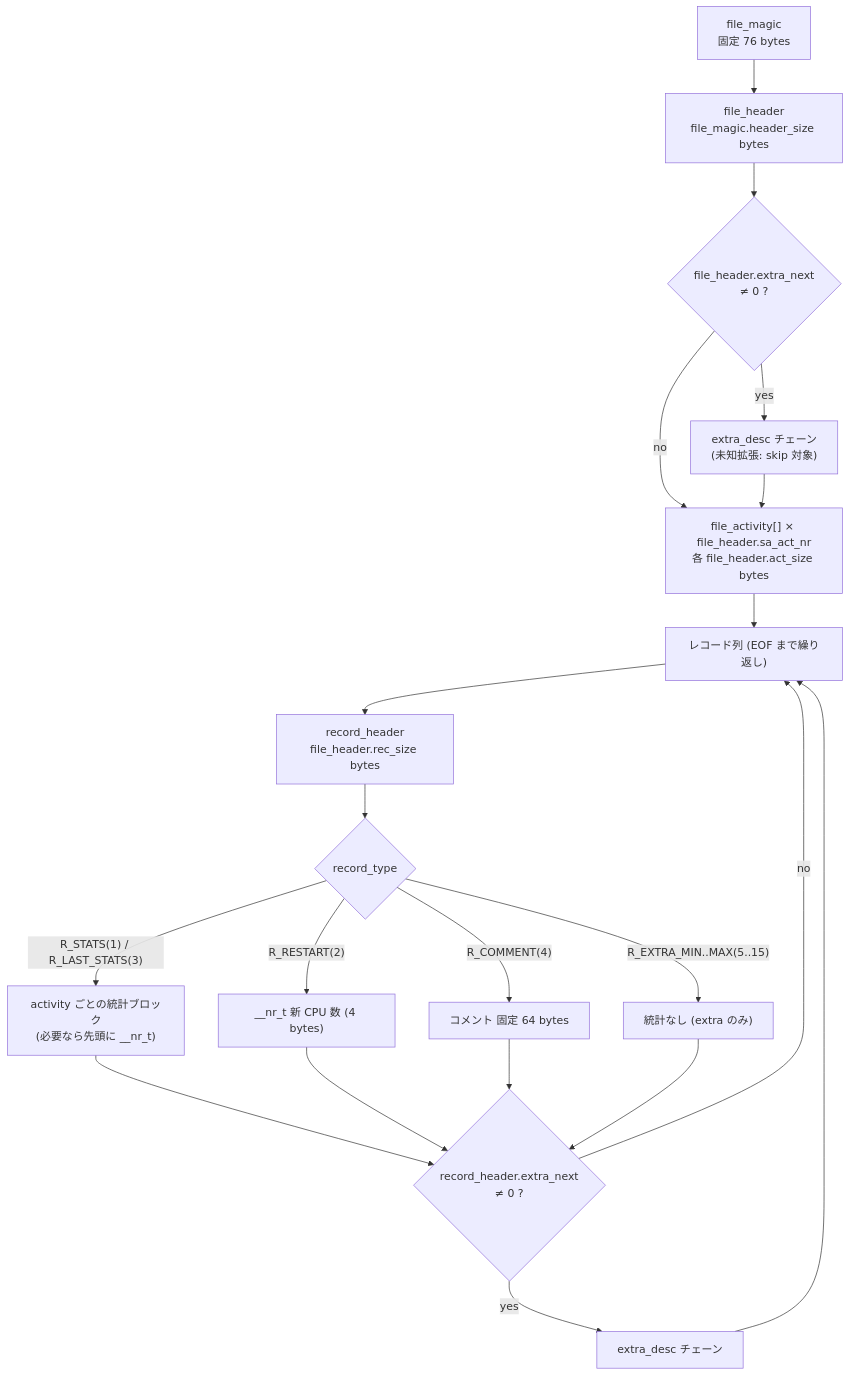
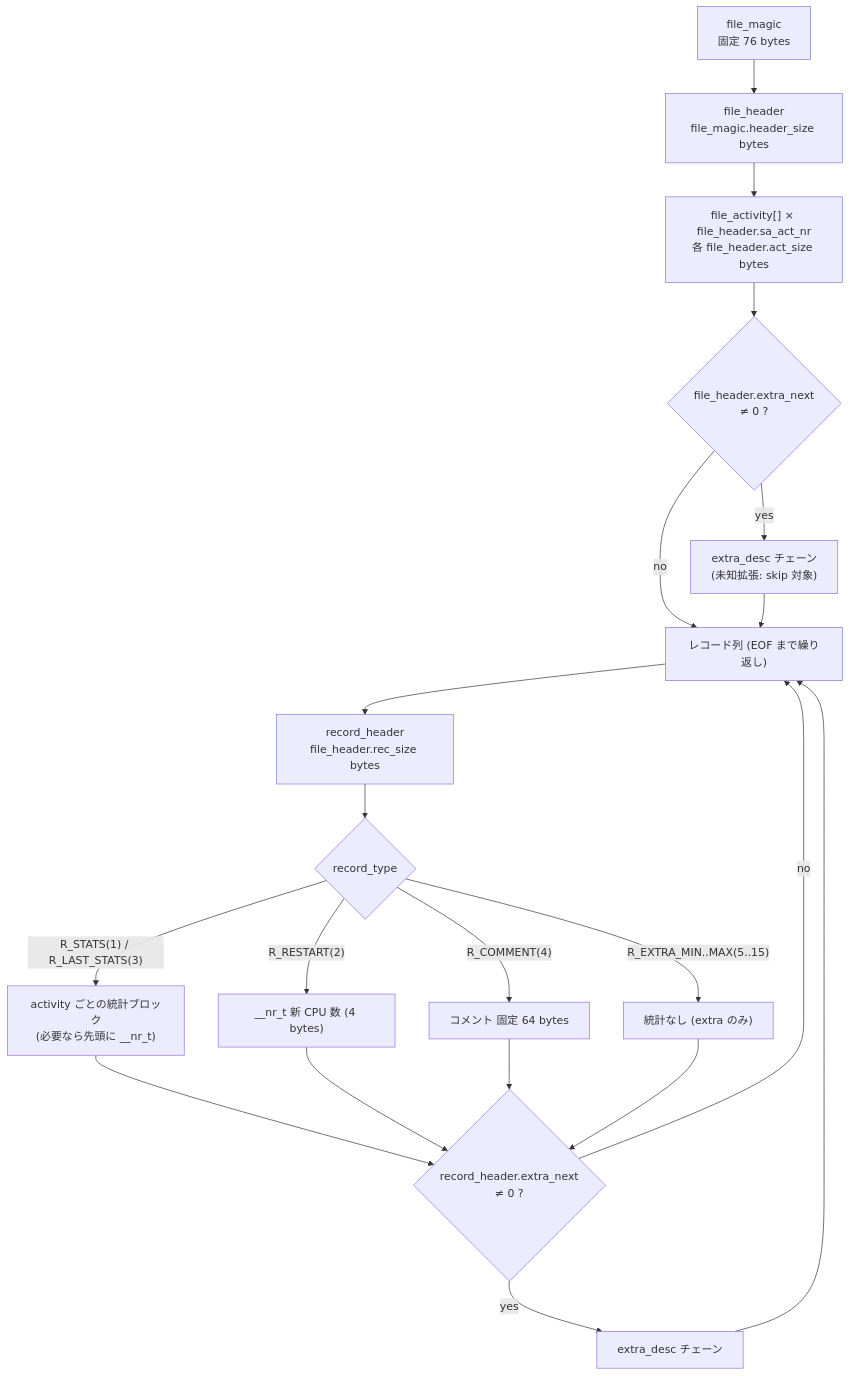
The first of 6 diagrams in docs/format/01-file-format.md (owayo/re-sar-ch), drawn with Mermaid before and after one commit. The commit also changed other lines of this file and 45 other files, not shown here.

````diff
--- a/docs/format/01-file-format.md
+++ b/docs/format/01-file-format.md
@@ -35,22 +49,22 @@
 ```mermaid
 flowchart TD
     FM["file_magic<br/>固定 76 bytes"] --> FH["file_header<br/>file_magic.header_size bytes"]
-    FH --> FHX{"file_header.extra_next<br/>≠ 0 ?"}
+    FH --> FA["file_activity[] × file_header.sa_act_nr<br/>各 file_header.act_size bytes"]
+    FA --> FHX{"file_header.extra_next<br/>≠ 0 ?"}
     FHX -->|yes| XD1["extra_desc チェーン<br/>(未知拡張: skip 対象)"]
-    FHX -->|no| FA
-    XD1 --> FA["file_activity[] × file_header.sa_act_nr<br/>各 file_header.act_size bytes"]
-    FA --> REC["レコード列 (EOF まで繰り返し)"]
+    FHX -->|no| REC
+    XD1 --> REC["レコード列 (EOF まで繰り返し)"]
     REC --> RH["record_header<br/>file_header.rec_size bytes"]
     RH --> RT{"record_type"}
     RT -->|"R_STATS(1) / R_LAST_STATS(3)"| ST["activity ごとの統計ブロック<br/>(必要なら先頭に __nr_t)"]
     RT -->|"R_RESTART(2)"| CPU["__nr_t 新 CPU 数 (4 bytes)"]
     RT -->|"R_COMMENT(4)"| CMT["コメント 固定 64 bytes"]
     RT -->|"R_EXTRA_MIN..MAX(5..15)"| NOP["統計なし (extra のみ)"]
     ST --> RX{"record_header.extra_next<br/>≠ 0 ?"}
     CPU --> RX
     CMT --> RX
     NOP --> RX
     RX -->|yes| XD2["extra_desc チェーン"]
     RX -->|no| REC
     XD2 --> REC
 ```
````
